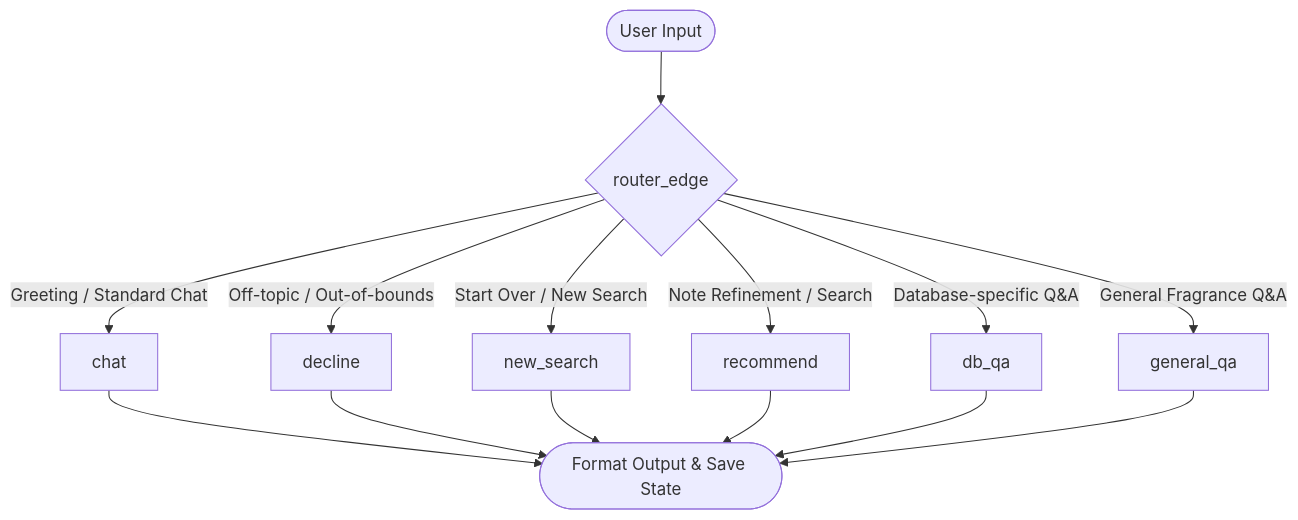
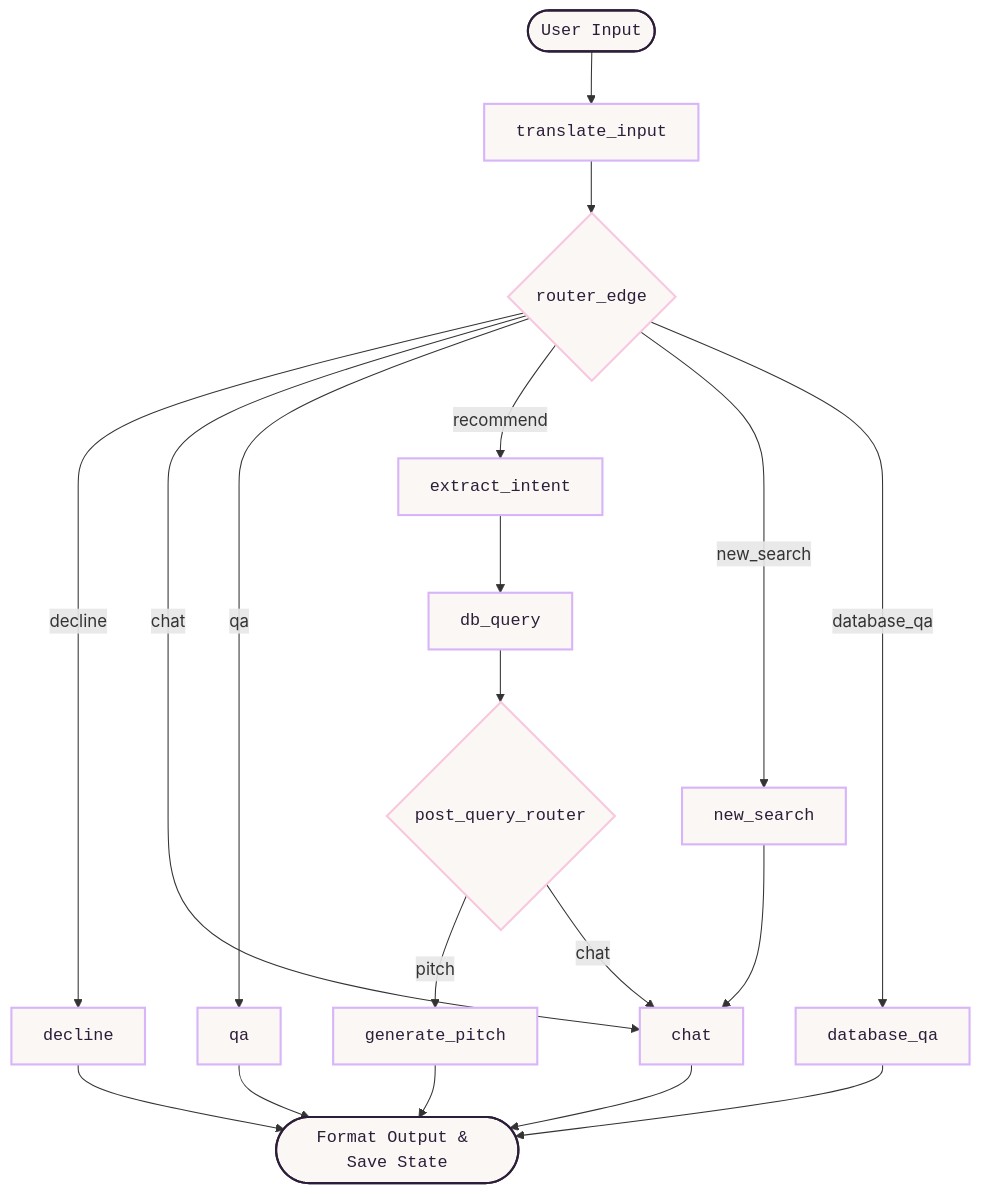
The diagram in README.md (mahimaapriyadharshinis/AI-fragrance-advisor), drawn with Mermaid before and after one commit. The commit also changed other lines of this file and 2 other files, not shown here.

````diff
--- a/README.md
+++ b/README.md
@@ -74,18 +161,29 @@
 ```mermaid
 graph TD
-    Start([User Input]) --> Router{router_edge}
+    classDef startEnd fill:#FAF7F5,stroke:#2C1E38,stroke-width:2px,color:#2C1E38,font-family:monospace;
+    classDef nodeStyle fill:#FAF7F5,stroke:#D8B4F8,stroke-width:2px,color:#2C1E38,font-family:monospace;
+    classDef decStyle fill:#FAF7F5,stroke:#F7C8E0,stroke-width:2px,color:#2C1E38,font-family:monospace;
+
+    Start([User Input]):::startEnd --> TransNode[translate_input]:::nodeStyle
+    TransNode --> Router{router_edge}:::decStyle
     
-    Router -->|Greeting / Standard Chat| ChatNode[chat]
-    Router -->|Off-topic / Out-of-bounds| DeclineNode[decline]
-    Router -->|Start Over / New Search| NewSearchNode[new_search]
-    Router -->|Note Refinement / Search| RecommendNode[recommend]
-    Router -->|Database-specific Q&A| DBQANode[db_qa]
-    Router -->|General Fragrance Q&A| GeneralQANode[general_qa]
+    Router -->|decline| DeclineNode[decline]:::nodeStyle
+    Router -->|chat| ChatNode[chat]:::nodeStyle
+    Router -->|qa| QANode[qa]:::nodeStyle
+    Router -->|recommend| ExtractNode[extract_intent]:::nodeStyle
+    Router -->|new_search| NewSearchNode[new_search]:::nodeStyle
+    Router -->|database_qa| DBQANode[database_qa]:::nodeStyle
     
-    ChatNode --> EndNode([Format Output & Save State])
-    DeclineNode --> EndNode
-    NewSearchNode --> EndNode
-    RecommendNode --> EndNode
+    ExtractNode --> DBQueryNode[db_query]:::nodeStyle
+    DBQueryNode --> PostRouter{post_query_router}:::decStyle
+    PostRouter -->|pitch| PitchNode[generate_pitch]:::nodeStyle
+    PostRouter -->|chat| ChatNode
+    
+    NewSearchNode --> ChatNode
+    
+    DeclineNode --> EndNode([Format Output & Save State]):::startEnd
+    ChatNode --> EndNode
+    QANode --> EndNode
     DBQANode --> EndNode
-    GeneralQANode --> EndNode
+    PitchNode --> EndNode
 ```
````
